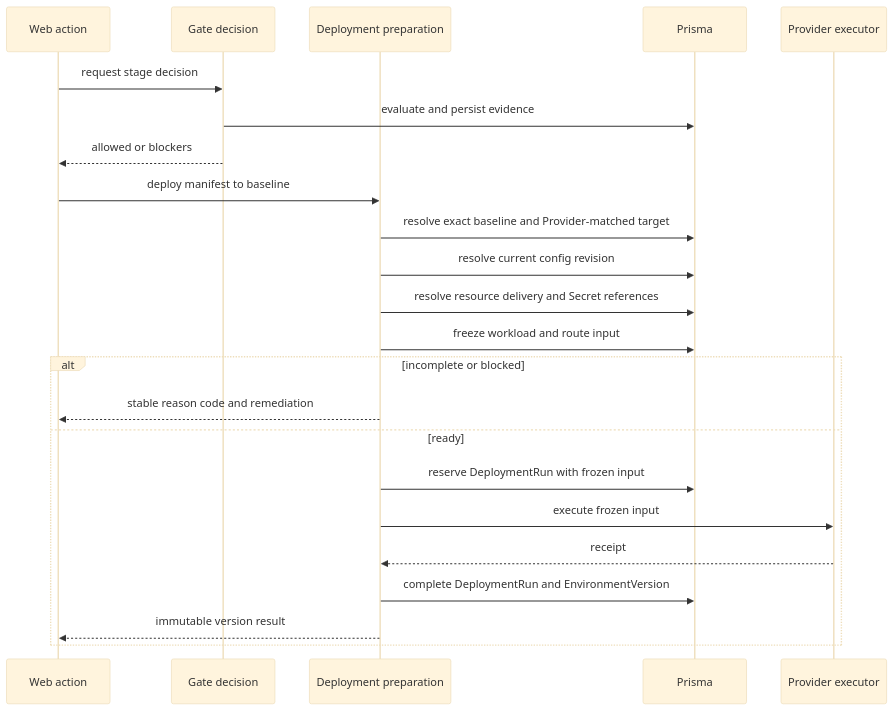
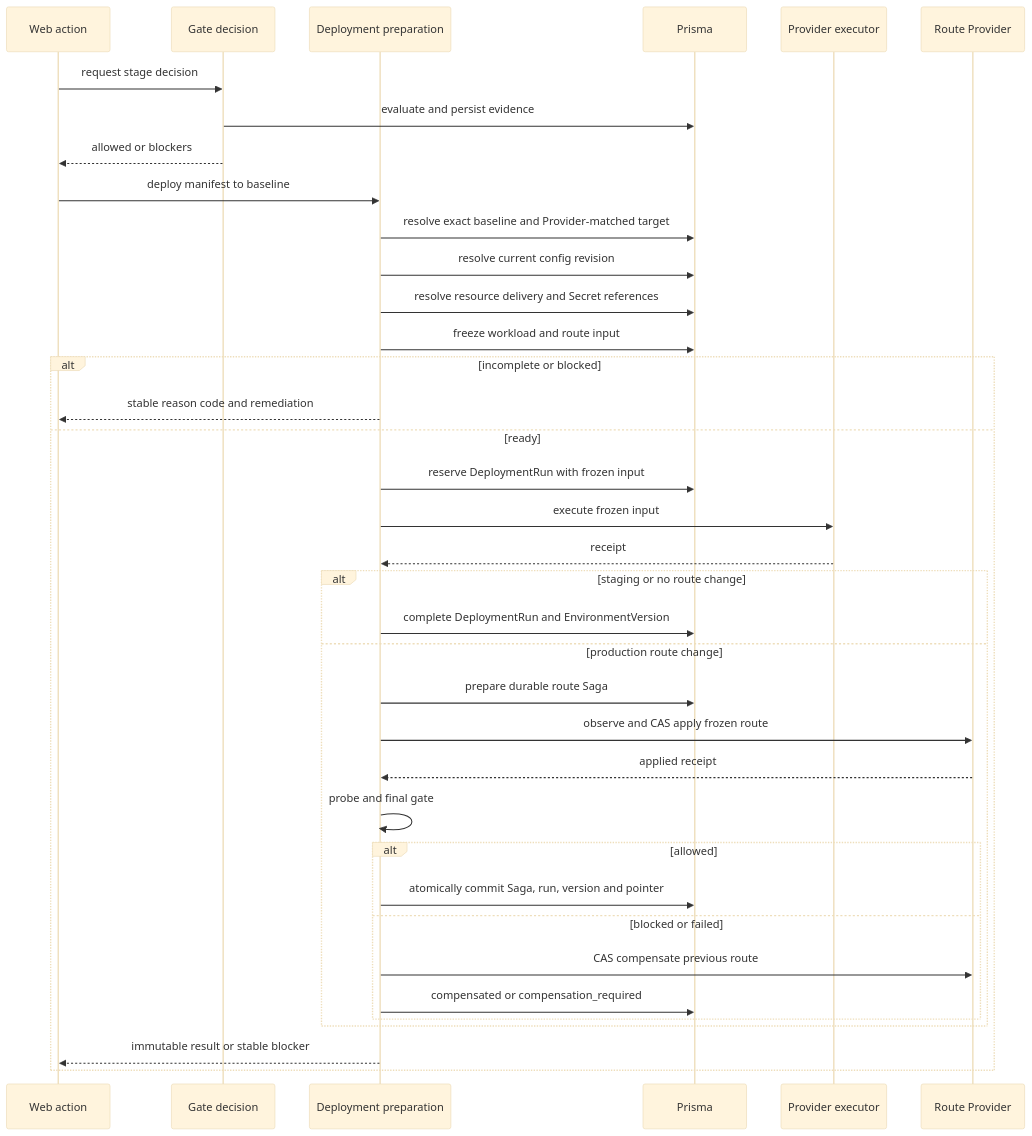
The fourth of 5 diagrams in docs-internal/devpilot/release-environment-governance-architecture.md (751848178/svton), drawn with Mermaid (base theme) before and after one commit. The commit also changed other lines of this file and 150 other files, not shown here.

````diff
--- a/docs-internal/devpilot/release-environment-governance-architecture.md
+++ b/docs-internal/devpilot/release-environment-governance-architecture.md
@@ -130,25 +158,39 @@
 ```mermaid
 sequenceDiagram
   participant UI as Web action
   participant Gate as Gate decision
   participant Prep as Deployment preparation
   participant DB as Prisma
   participant Exec as Provider executor
+  participant Route as Route Provider
   UI->>Gate: request stage decision
   Gate->>DB: evaluate and persist evidence
   Gate-->>UI: allowed or blockers
   UI->>Prep: deploy manifest to baseline
   Prep->>DB: resolve exact baseline and Provider-matched target
   Prep->>DB: resolve current config revision
   Prep->>DB: resolve resource delivery and Secret references
   Prep->>DB: freeze workload and route input
   alt incomplete or blocked
     Prep-->>UI: stable reason code and remediation
   else ready
     Prep->>DB: reserve DeploymentRun with frozen input
     Prep->>Exec: execute frozen input
     Exec-->>Prep: receipt
-    Prep->>DB: complete DeploymentRun and EnvironmentVersion
-    Prep-->>UI: immutable version result
+    alt staging or no route change
+      Prep->>DB: complete DeploymentRun and EnvironmentVersion
+    else production route change
+      Prep->>DB: prepare durable route Saga
+      Prep->>Route: observe and CAS apply frozen route
+      Route-->>Prep: applied receipt
+      Prep->>Prep: probe and final gate
+      alt allowed
+        Prep->>DB: atomically commit Saga, run, version and pointer
+      else blocked or failed
+        Prep->>Route: CAS compensate previous route
+        Prep->>DB: compensated or compensation_required
+      end
+    end
+    Prep-->>UI: immutable result or stable blocker
   end
 ```
````
